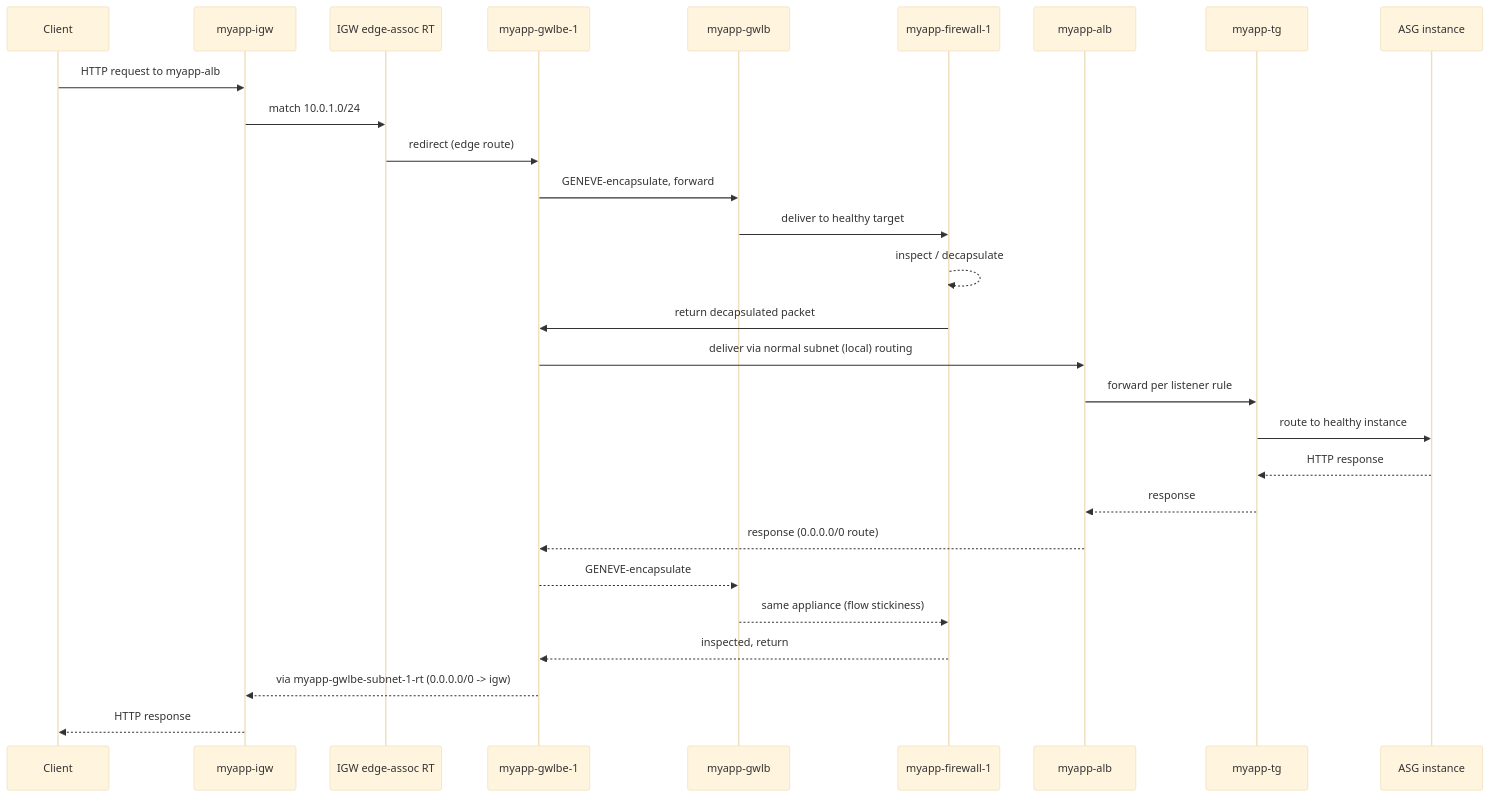
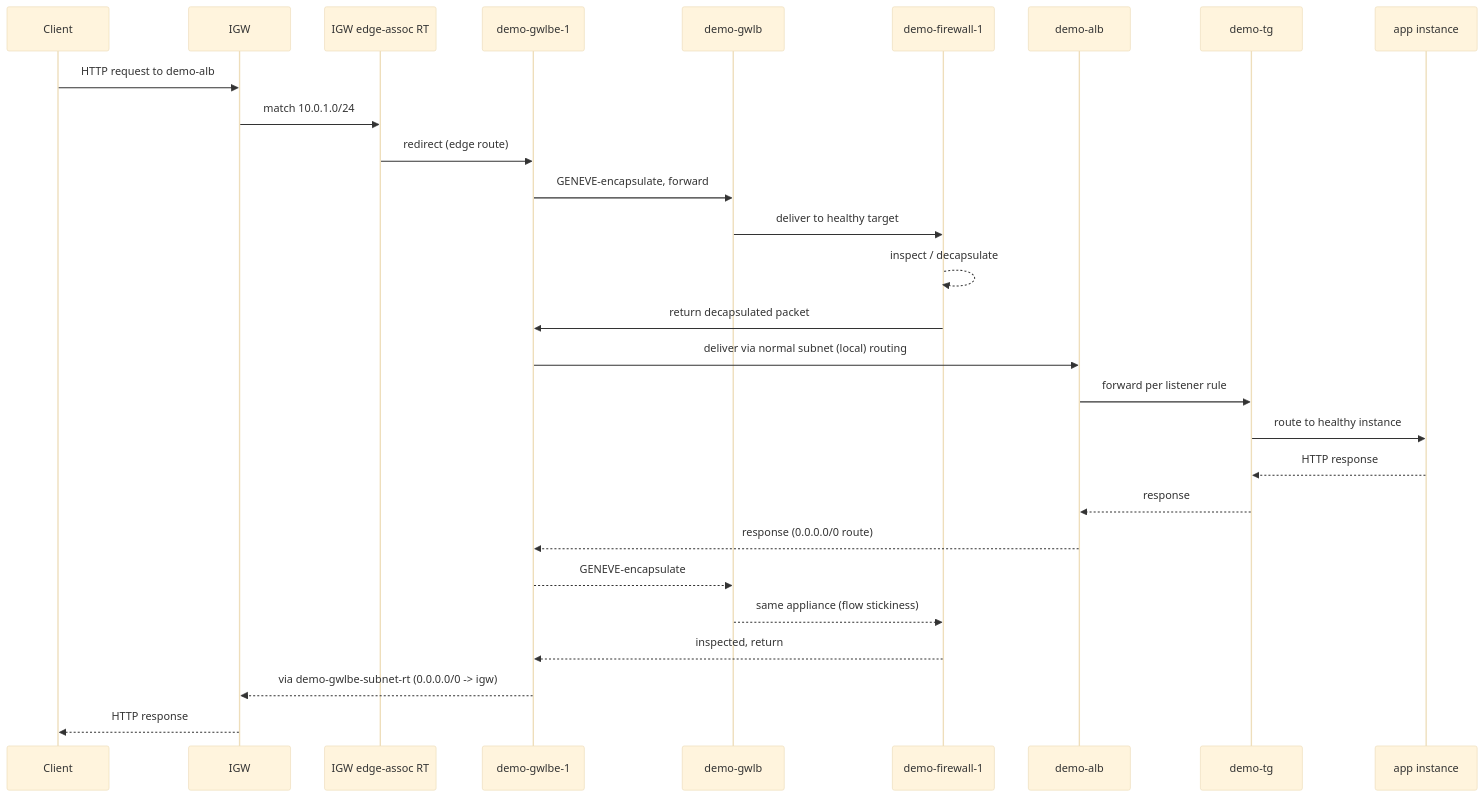
Before and after one commit to msdeepak052/AWS_Imp_Concepts: the diagram in EC2/LoadBalancer/17-Gateway-Load-Balancer-HandsOn-Part3-End-to-End-Verification.md, drawn with Mermaid (base theme). The commit also changed other lines of this file and 66 other files, not shown here.

````diff
--- a/EC2/LoadBalancer/17-Gateway-Load-Balancer-HandsOn-Part3-End-to-End-Verification.md
+++ b/EC2/LoadBalancer/17-Gateway-Load-Balancer-HandsOn-Part3-End-to-End-Verification.md
@@ -71,31 +71,31 @@
 ```mermaid
 sequenceDiagram
     participant Client
-    participant IGW as myapp-igw
+    participant IGW
     participant EdgeRT as IGW edge-assoc RT
-    participant GWLBE as myapp-gwlbe-1
-    participant GWLB as myapp-gwlb
-    participant FW as myapp-firewall-1
-    participant ALB as myapp-alb
-    participant TG as myapp-tg
-    participant EC2 as ASG instance
+    participant GWLBE as demo-gwlbe-1
+    participant GWLB as demo-gwlb
+    participant FW as demo-firewall-1
+    participant ALB as demo-alb
+    participant TG as demo-tg
+    participant EC2 as app instance
 
-    Client->>IGW: HTTP request to myapp-alb
+    Client->>IGW: HTTP request to demo-alb
     IGW->>EdgeRT: match 10.0.1.0/24
     EdgeRT->>GWLBE: redirect (edge route)
     GWLBE->>GWLB: GENEVE-encapsulate, forward
     GWLB->>FW: deliver to healthy target
     FW-->>FW: inspect / decapsulate
     FW->>GWLBE: return decapsulated packet
     GWLBE->>ALB: deliver via normal subnet (local) routing
     ALB->>TG: forward per listener rule
     TG->>EC2: route to healthy instance
     EC2-->>TG: HTTP response
     TG-->>ALB: response
     ALB-->>GWLBE: response (0.0.0.0/0 route)
     GWLBE-->>GWLB: GENEVE-encapsulate
     GWLB-->>FW: same appliance (flow stickiness)
     FW-->>GWLBE: inspected, return
-    GWLBE-->>IGW: via myapp-gwlbe-subnet-1-rt (0.0.0.0/0 -> igw)
+    GWLBE-->>IGW: via demo-gwlbe-subnet-rt (0.0.0.0/0 -> igw)
     IGW-->>Client: HTTP response
 ```
````
